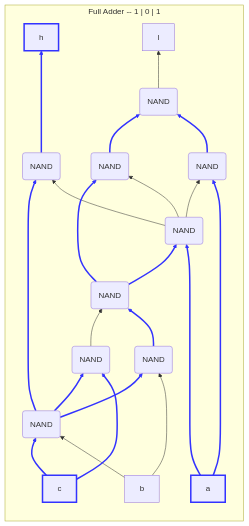
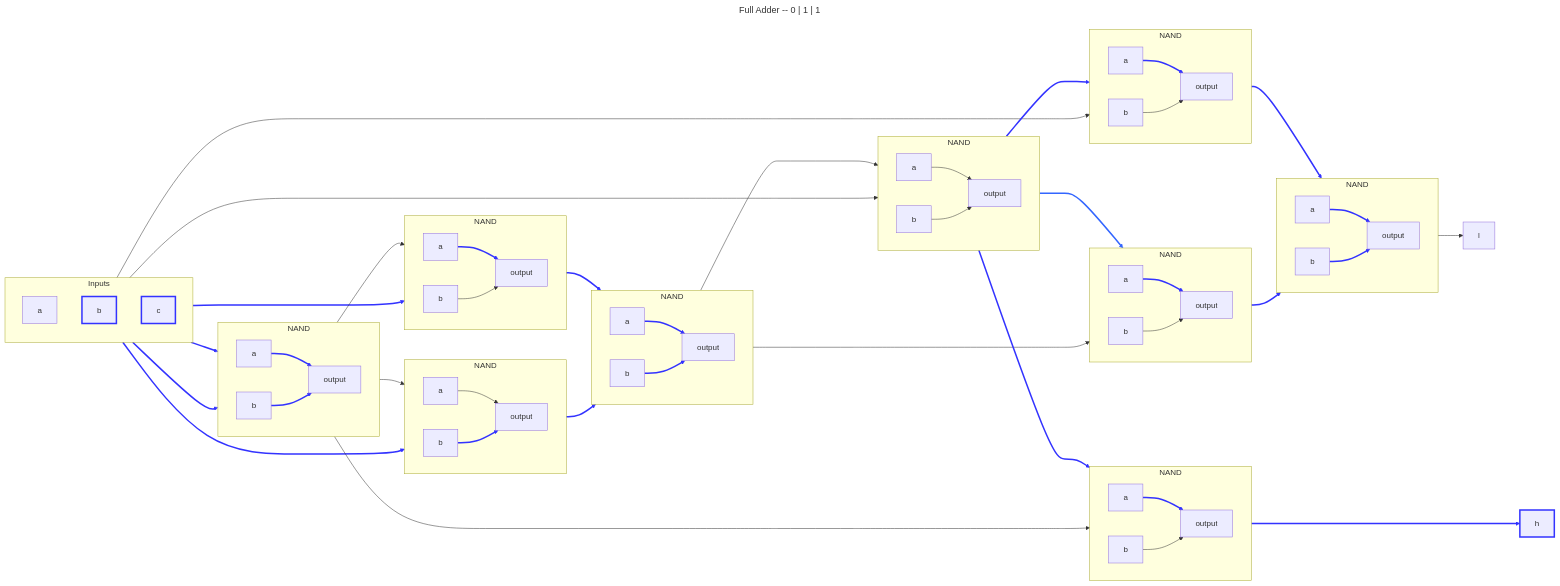
The seventh of 9 diagrams in arithmetic/full-adder.md (DaveyJH/nandgame), drawn with Mermaid before and after one commit. The commit also changed other lines of this file, not shown here.

Commit message:
feat: Update Full Adder to new style

````diff
--- a/arithmetic/full-adder.md
+++ b/arithmetic/full-adder.md
@@ -189,33 +605,95 @@
 ```mermaid
-flowchart BT
-subgraph "Full Adder -- 1 | 0 | 1"
-direction BT
+---
+title: Full Adder -- 0 | 1 | 1
+---
+flowchart LR;
 
-a[a]:::ON----->n1(NAND) & n2(NAND);
-b[b]-->n3(NAND) & n4(NAND);
-c[c]:::ON-->n4 & n5(NAND);
-n1-->n2 & n6(NAND) & n8(NAND);
-n2-->n9(NAND);
-n3-->n7(NAND);
-n4-->n3 & n6 & n5;
-n5-->n7;
-n6--->h[h]:::ON;
-n7-->n8 & n1;
-n8-->n9;
-n9-->l[l];
+subgraph n1 [NAND];
+  direction LR;
+  n1ina[a] & n1inb[b] --> n1o[output];
+end;
+
+subgraph n2 [NAND];
+  direction LR;
+  n2ina[a] & n2inb[b] --> n2o[output];
+end;
+
+subgraph n3 [NAND];
+  direction LR;
+  n3ina[a] & n3inb[b] --> n3o[output];
+end;
+
+subgraph n4 [NAND];
+  direction LR;
+  n4ina[a] & n4inb[b] --> n4o[output];
+end;
+
+subgraph n5 [NAND];
+  direction LR;
+  n5ina[a] & n5inb[b] --> n5o[output];
+end;
+
+subgraph n6 [NAND];
+  direction LR;
+  n6ina[a] & n6inb[b] --> n6o[output];
+end;
+
+subgraph n7 [NAND];
+  direction LR;
+  n7ina[a] & n7inb[b] --> n7o[output];
+end;
+
+subgraph n8 [NAND];
+  direction LR;
+  n8ina[a] & n8inb[b] --> n8o[output];
+end;
+
+subgraph n9 [NAND];
+  direction LR;
+  n9ina[a] & n9inb[b] --> n9o[output];
+end;
+
+subgraph inputs [Inputs];
+  direction TB;
+  a[a];
+  b[b];
+  c[c];
+end;
+
+a[a] ---------> n1inb & n2ina;
+b[b]:::ON --> n3ina & n4ina;
+c[c]:::ON --> n4inb & n5inb;
+n1o ---> n2inb & n6ina & n9ina;
+n2o --> n7ina;
+n3o --> n8ina;
+n4o --> n3inb & n5ina & n6inb;
+n5o --> n8inb;
+n6o ----> h[h]:::ON;
+n7o --> l[l];
+n8o --> n1ina & n9inb;
+n9o --> n7inb;
 classDef ON stroke:#33f,stroke-width:3px;
-linkStyle 0 stroke:#33f,stroke-width:3px;
-linkStyle 1 stroke:#33f,stroke-width:3px;
+linkStyle 2 stroke:#33f,stroke-width:3px;
 linkStyle 4 stroke:#33f,stroke-width:3px;
-linkStyle 5 stroke:#33f,stroke-width:3px;
+linkStyle 6 stroke:#33f,stroke-width:3px;
+linkStyle 7 stroke:#33f,stroke-width:3px;
 linkStyle 9 stroke:#33f,stroke-width:3px;
 linkStyle 10 stroke:#33f,stroke-width:3px;
-linkStyle 11 stroke:#33f,stroke-width:3px;
 linkStyle 12 stroke:#33f,stroke-width:3px;
 linkStyle 13 stroke:#33f,stroke-width:3px;
+linkStyle 14 stroke:#33f,stroke-width:3px;
 linkStyle 15 stroke:#33f,stroke-width:3px;
 linkStyle 16 stroke:#33f,stroke-width:3px;
-linkStyle 17 stroke:#33f,stroke-width:3px;
-linkStyle 18 stroke:#33f,stroke-width:3px;
-end
+linkStyle 20 stroke:#33f,stroke-width:3px;
+linkStyle 21 stroke:#33f,stroke-width:3px;
+linkStyle 22 stroke:#33f,stroke-width:3px;
+linkStyle 23 stroke:#33f,stroke-width:3px;
+linkStyle 24 stroke:#33f,stroke-width:3px;
+linkStyle 25 stroke:#33f,stroke-width:3px;
+linkStyle 26 stroke:#36f,stroke-width:3px;
+linkStyle 27 stroke:#33f,stroke-width:3px;
+linkStyle 28 stroke:#33f,stroke-width:3px;
+linkStyle 32 stroke:#33f,stroke-width:3px;
+linkStyle 33 stroke:#33f,stroke-width:3px;
+linkStyle 37 stroke:#33f,stroke-width:3px;
 ```
````
